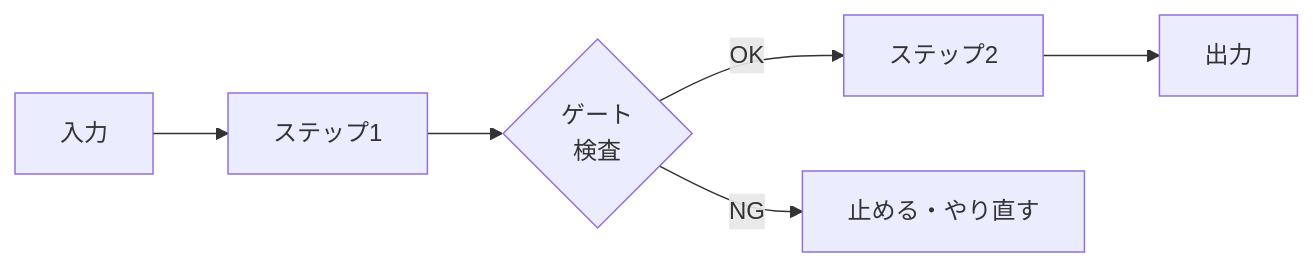
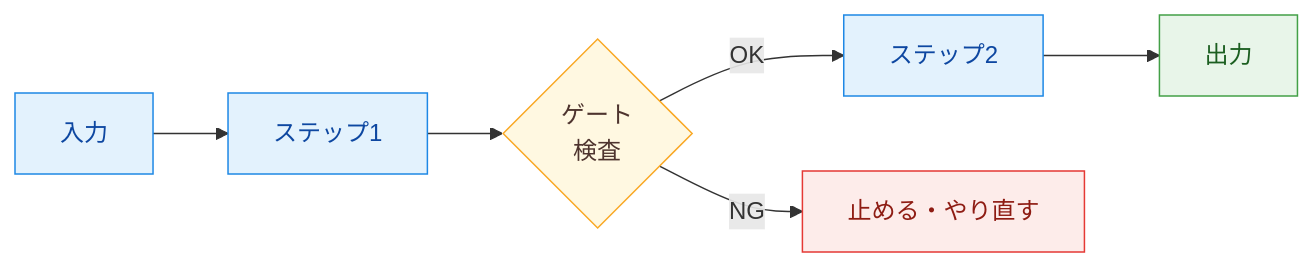
Before and after one commit to yuya-take/yuya-exam-notes: the first of 2 diagrams in ccaf/notes/01-agentic-architecture/prompt-chaining-vs-dynamic-decomposition.md, drawn with Mermaid. The commit also changed other lines of this file and 50 other files, not shown here.

````diff
--- a/ccaf/notes/01-agentic-architecture/prompt-chaining-vs-dynamic-decomposition.md
+++ b/ccaf/notes/01-agentic-architecture/prompt-chaining-vs-dynamic-decomposition.md
@@ -24,5 +22,13 @@
 ```mermaid
 flowchart LR
-  A[入力] --> B[ステップ1] --> G{ゲート<br/>検査} -->|OK| C[ステップ2] --> D[出力]
+  A[入力] --> B[ステップ1] --> G{"ゲート<br/>検査"} -->|OK| C[ステップ2] --> D[出力]
   G -->|NG| X[止める・やり直す]
+  classDef run fill:#e3f2fd,stroke:#1e88e5,color:#0d47a1
+  classDef judge fill:#fff8e1,stroke:#f9a825,color:#4e342e
+  classDef done fill:#e8f5e9,stroke:#43a047,color:#1b5e20
+  classDef ng fill:#fdecea,stroke:#e53935,color:#8e1c13
+  class A,B,C run
+  class G judge
+  class D done
+  class X ng
 ```
````
